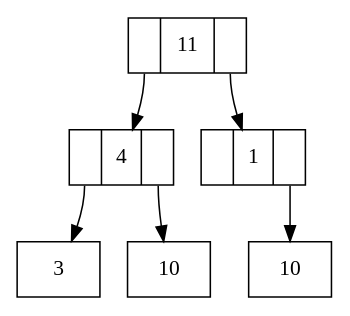
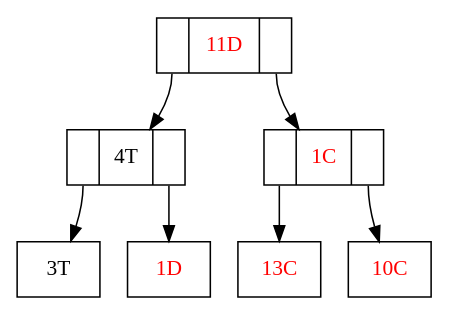
One commit to ElMalRod/Pyramid-Proyecto-2-EDD changed the diagram in aux_grafico.dot. Above: the diagram before and after it, drawn with Graphviz. The commit also changed 2 other files, not shown here.

```diff
--- a/aux_grafico.dot
+++ b/aux_grafico.dot
@@ -1,15 +1,17 @@
 digraph grafica{
 rankdir=TB;
 node [shape =record, style=filled, fillcolor=gray100];
-nodo3 [ label ="<C0>|11|<C1>"];
-nodo4 [ label ="<C0>|4|<C1>"];
-nodo1 [ label ="3"];
+nodo3 [ label ="<C0>|11D|<C1>", fontcolor=red];
+nodo4 [ label ="<C0>|4T|<C1>", fontcolor=black];
+nodo1 [ label ="3T", fontcolor=black];
 nodo4:C0->nodo1
-nodo7 [ label ="10"];
+nodo7 [ label ="1D", fontcolor=red];
 nodo4:C1->nodo7
 nodo3:C0->nodo4
-nodo5 [ label ="<C0>|1|<C1>"];
-nodo2 [ label ="10"];
+nodo5 [ label ="<C0>|1C|<C1>", fontcolor=red];
+nodo6 [ label ="13C", fontcolor=red];
+nodo5:C0->nodo6
+nodo2 [ label ="10C", fontcolor=red];
 nodo5:C1->nodo2
 nodo3:C1->nodo5
 }
```
